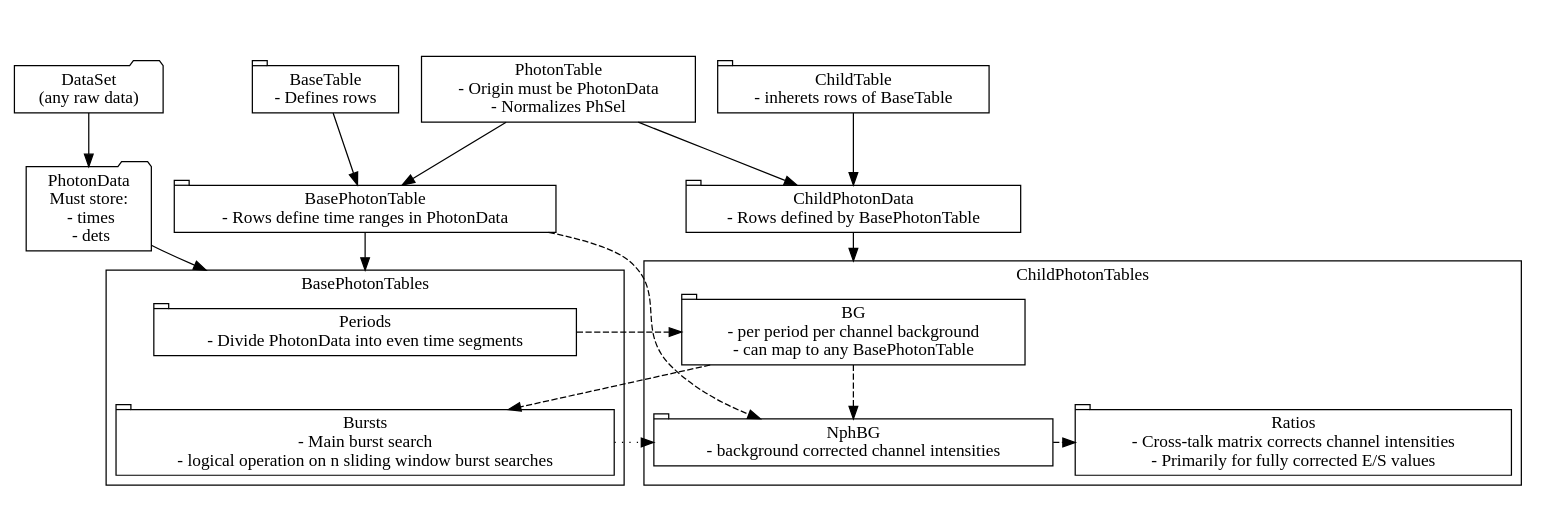
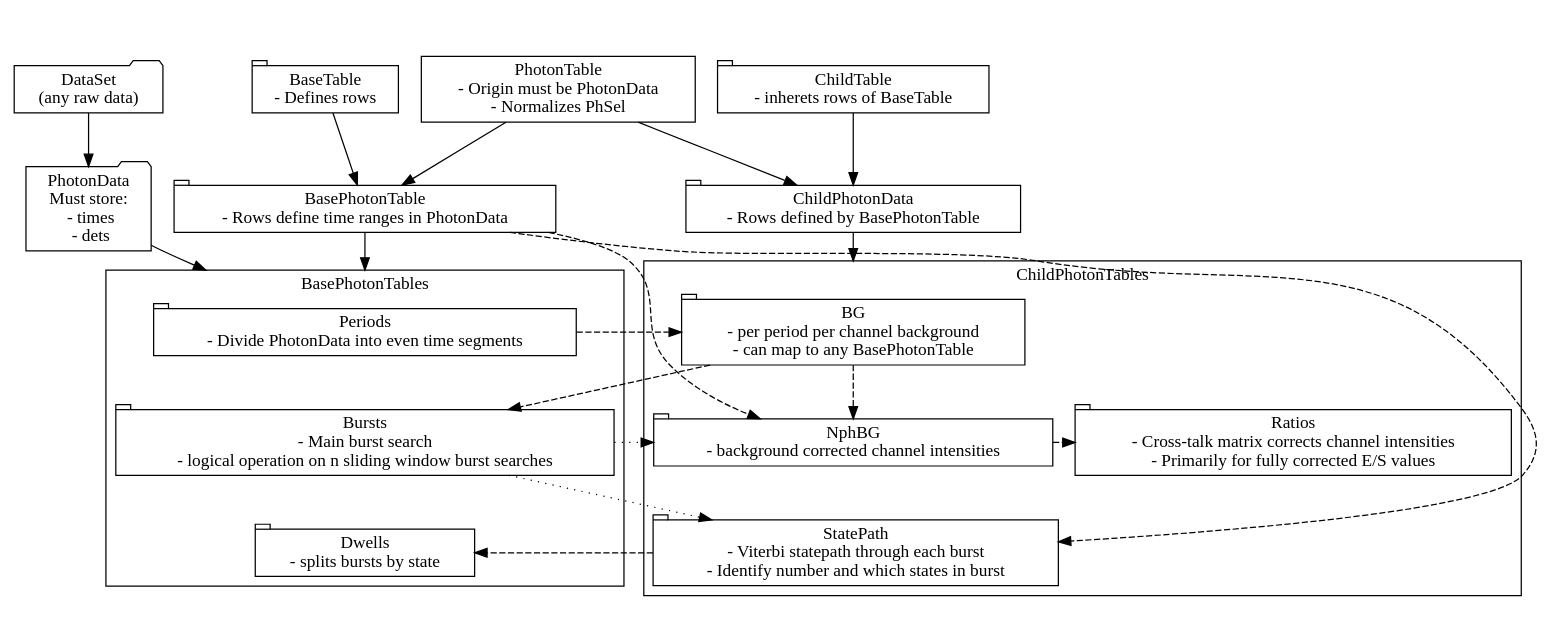
One commit to OpenSMFS/smfBursts changed the diagram in docs/source/TableHierarchysimple.dot. Above: the diagram before and after it, drawn with Graphviz. The commit also changed 39 other files, not shown here.

```diff
--- a/docs/source/TableHierarchysimple.dot
+++ b/docs/source/TableHierarchysimple.dot
@@ -1,42 +1,49 @@
 digraph {
   rankdir=TB;
   compound=true
   DataSet [group=1 label="DataSet\n(any raw data)" shape=folder];
   PhotonData[group=1 shape=folder label="PhotonData\nMust store:\n  - times\n  - dets"];
   BaseTable[gruop=2 shape=tab label="BaseTable\n- Defines rows"];
   ChildTable[group=3 shape=tab label="ChildTable\n- inherets rows of BaseTable"];
   BasePhotonTable[group=2, shape=tab label="BasePhotonTable\n- Rows define time ranges in PhotonData"];
   ChildPhotonTable[group=3 shape=tab label="ChildPhotonData\n- Rows defined by BasePhotonTable"];
   PhotonTable[group=4 shape=rect label="PhotonTable\n- Origin must be PhotonData\n- Normalizes PhSel"]
   Periods[group=2 shape=tab label="Periods\n- Divide PhotonData into even time segments"];
   Bursts[group=2 shape=tab label="Bursts\n- Main burst search\n- logical operation on n sliding window burst searches"];
   BG[group=3 shape=tab label="BG\n- per period per channel background\n- can map to any BasePhotonTable"];
   NphBG[group=3 shape=tab label="NphBG\n- background corrected channel intensities"];
   Ratios[group=3 shape=tab label="Ratios\n- Cross-talk matrix corrects channel intensities\n- Primarily for fully corrected E/S values"];
+  StatePath[group=3 shape=tab label="StatePath\n- Viterbi statepath through each burst\n- Identify number and which states in burst"]
+  Dwells[group=2 shape=tab label="Dwells\n- splits bursts by state"]
 
   subgraph cluster_1 {
     label = "BasePhotonTables"
     Periods -> Bursts [style=invis];
+    Bursts -> Dwells [style=invis];
   }
   subgraph cluster_2 {
     label = "ChildPhotonTables"
     BG -> NphBG [style=dashed];
     {rank=same NphBG -> Ratios[style=dashed]}
+    NphBG -> StatePath [style=invis]
   }
   {rank=same DataSet -> BaseTable -> ChildTable [style=invis]}
   {rank=same PhotonData -> BasePhotonTable -> ChildPhotonTable [style=invis]}
   DataSet -> PhotonData;
   BaseTable -> BasePhotonTable;
   ChildTable -> ChildPhotonTable;
   PhotonData -> BasePhotonTable [style=invis]
   BasePhotonTable -> Periods [lhead="cluster_1"];
   ChildPhotonTable -> BG [lhead="cluster_2"];
   {rank=same BasePhotonTable; ChildPhotonTable}
   PhotonTable -> BasePhotonTable;
   PhotonTable -> ChildPhotonTable;
   Periods -> BG [style=dashed];
   BG -> Bursts [style=dashed];
   BasePhotonTable -> NphBG [style=dashed];
   Bursts -> NphBG [style=dotted];
   PhotonData -> Periods [lhead=cluster_1];
+  BasePhotonTable -> StatePath [style=dashed];
+  Bursts -> StatePath [style=dotted];
+  StatePath -> Dwells [style=dashed];
 }
```
